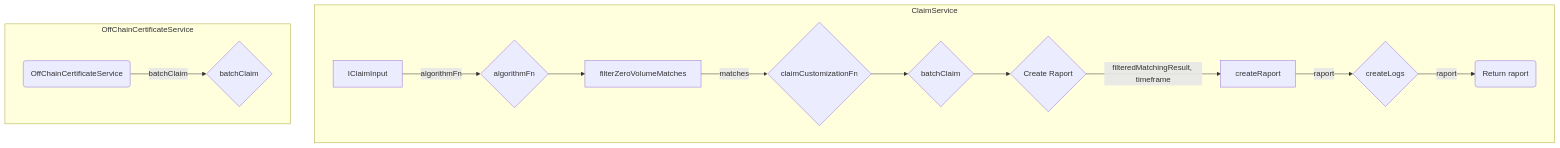
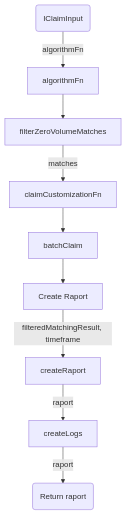
One commit to olisystems/origin-247-sdk changed the first of 6 diagrams in packages/ewf_samples/docs/ewf_samples.md. Above: the diagram before and after it, drawn with Mermaid. The commit also changed other lines of this file, not shown here.

Commit message:
update certificate diagram

````diff
--- a/packages/ewf_samples/docs/ewf_samples.md
+++ b/packages/ewf_samples/docs/ewf_samples.md
@@ -34,18 +34,12 @@
 ```mermaid
-flowchart TD;
+graph TD;
+    A(IClaimInput) -->|algorithmFn| B[algorithmFn]
+    B --> C[filterZeroVolumeMatches]
+    C -->|matches| D[claimCustomizationFn]
+    D --> E[batchClaim]
+    E --> F[Create Raport]
+    F -->|filteredMatchingResult, timeframe| G[createRaport]
+    G -->|raport| H[createLogs]
+    H -->|raport| I(Return raport)
 
-subgraph ClaimService
-A[IClaimInput] -->|algorithmFn| B{algorithmFn}
-B --> C[filterZeroVolumeMatches]
-C -->|matches| D{claimCustomizationFn}
-D --> E{batchClaim}
-E --> F{Create Raport}
-F -->|filteredMatchingResult, timeframe| G[createRaport]
-G -->|raport| H{createLogs}
-H -->|raport| I(Return raport)
-end
-
-subgraph OffChainCertificateService
-V(OffChainCertificateService) -->|batchClaim| W{batchClaim}
-end
 ```
````
